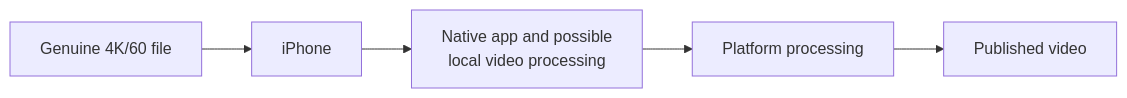
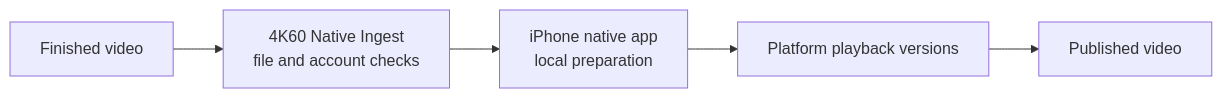
The third of 3 diagrams in 4k60-native-ingest/README.md (thedevmark/engineering-notes), drawn with Mermaid before and after one commit. The commit also changed other lines of this file, not shown here.

Commit message:
docs: connect 4K60 findings to native ingest design

````diff
--- a/4k60-native-ingest/README.md
+++ b/4k60-native-ingest/README.md
@@ -41,7 +41,7 @@
 ```mermaid
 flowchart LR
-    A[Genuine 4K/60 file] --> B[iPhone]
-    B --> C[Native app and possible<br/>local video processing]
-    C --> D[Platform processing]
+    A[Finished video] --> B[4K60 Native Ingest<br/>file and account checks]
+    B --> C[iPhone native app<br/>local preparation]
+    C --> D[Platform playback versions]
     D --> E[Published video]
 ```
````
